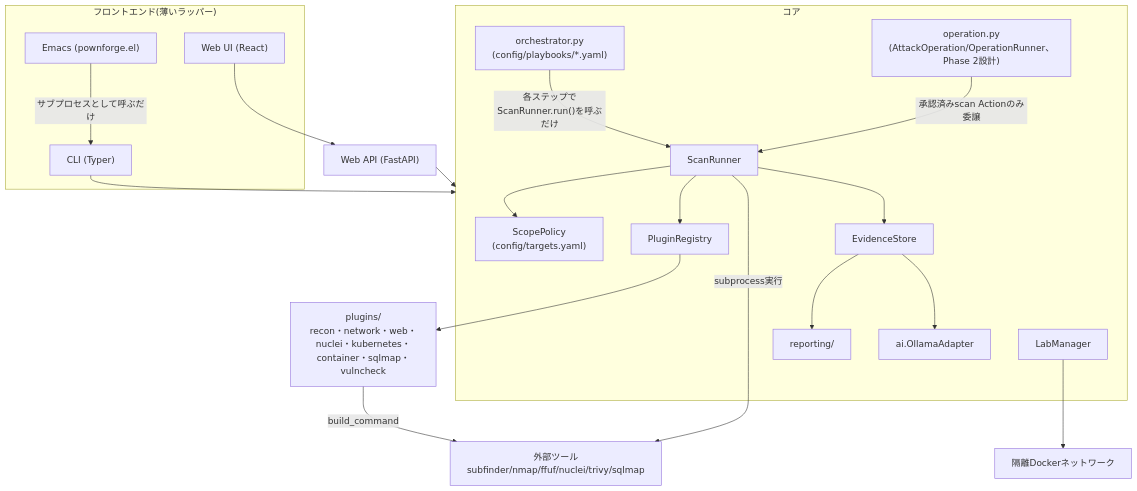
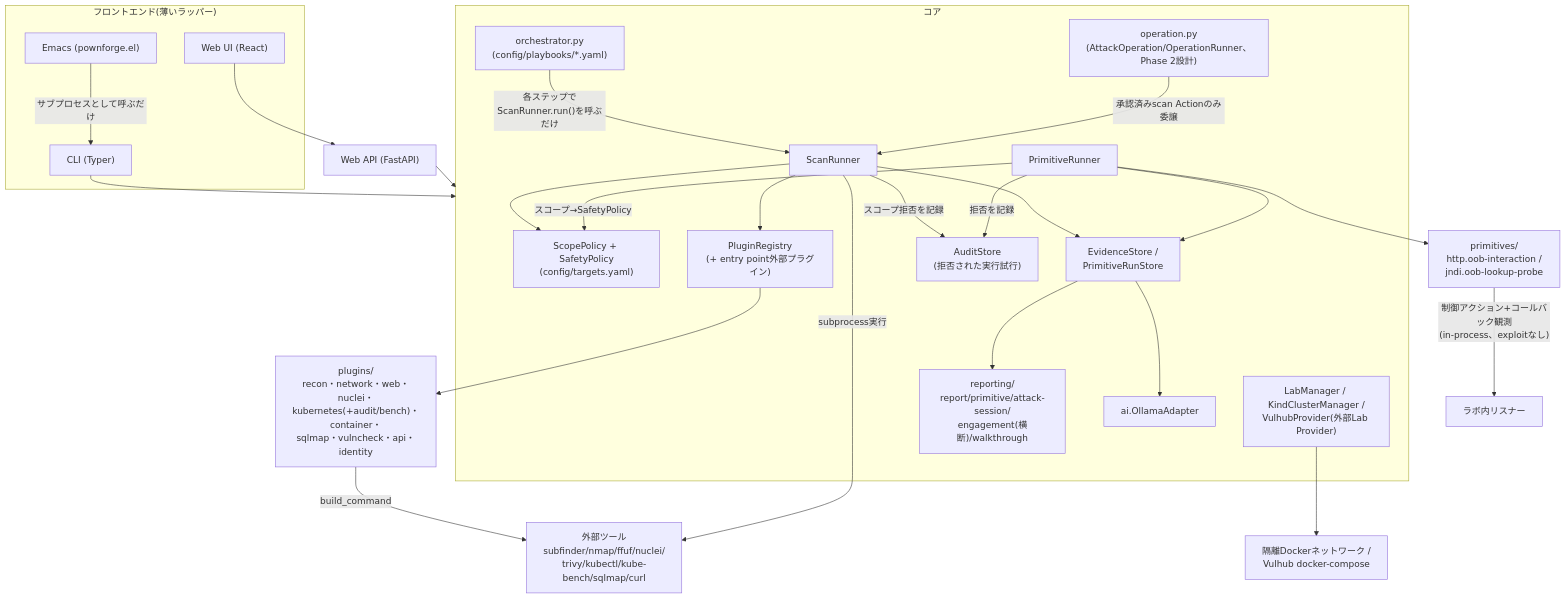
Before and after one commit to ac1965/PownForge: the first of 6 diagrams in docs/handbook.md, drawn with Mermaid. The commit also changed other lines of this file, not shown here.

Commit message:
docs(handbook): §2アーキテクチャ図に検証プリミティブ框組み・Vulhub Provider・AuditStoreを反映
- ScopePolicyをScopePolicy + SafetyPolicyに更新
- PrimitiveRunner/primitives(http.oob-interaction/jndi.oob-lookup-probe)、
  PrimitiveRunStoreを追加(スコープ→SafetyPolicy、コールバック観測まで、exploitなし)
- AuditStore(拒否された実行試行の記録)をScanRunner/PrimitiveRunner両方から追加
- LabにKindClusterManager/VulhubProvider(外部Lab Provider)、DockerにVulhub composeを併記
- プラグインにapi/identity/kubernetes-audit/kube-bench、外部ツールにkubectl/curlを追記
- reporting/にengagement(横断)を明記、図下の説明文も更新

````diff
--- a/docs/handbook.md
+++ b/docs/handbook.md
@@ -57,38 +57,46 @@
 ```mermaid
 graph TD
     subgraph FrontEnds["フロントエンド(薄いラッパー)"]
         CLI["CLI (Typer)"]
         WebUI["Web UI (React)"]
         Emacs["Emacs (pownforge.el)"]
     end
     WebAPI["Web API (FastAPI)"]
 
     CLI --> Core
     WebUI --> WebAPI
     WebAPI --> Core
     Emacs -- "サブプロセスとして呼ぶだけ" --> CLI
 
     subgraph Core["コア"]
-        ScopePolicy["ScopePolicy<br/>(config/targets.yaml)"]
-        Registry["PluginRegistry"]
+        Policy["ScopePolicy + SafetyPolicy<br/>(config/targets.yaml)"]
+        Registry["PluginRegistry<br/>(+ entry point外部プラグイン)"]
         Runner["ScanRunner"]
+        PrimRunner["PrimitiveRunner"]
         Orchestrator["orchestrator.py<br/>(config/playbooks/*.yaml)"]
         Operation["operation.py<br/>(AttackOperation/OperationRunner、Phase 2設計)"]
-        Lab["LabManager"]
-        Evidence["EvidenceStore"]
-        Reporting["reporting/"]
+        Lab["LabManager / KindClusterManager /<br/>VulhubProvider(外部Lab Provider)"]
+        Evidence["EvidenceStore /<br/>PrimitiveRunStore"]
+        Audit["AuditStore<br/>(拒否された実行試行)"]
+        Reporting["reporting/<br/>report/primitive/attack-session/<br/>engagement(横断)/walkthrough"]
         AI["ai.OllamaAdapter"]
     end
 
-    Runner --> ScopePolicy
+    Runner --> Policy
     Runner --> Registry
     Runner --> Evidence
+    Runner -- "スコープ拒否を記録" --> Audit
+    PrimRunner -- "スコープ→SafetyPolicy" --> Policy
+    PrimRunner --> Primitives["primitives/<br/>http.oob-interaction /<br/>jndi.oob-lookup-probe"]
+    PrimRunner --> Evidence
+    PrimRunner -- "拒否を記録" --> Audit
     Orchestrator -- "各ステップでScanRunner.run()を呼ぶだけ" --> Runner
     Operation -- "承認済みscan Actionのみ委譲" --> Runner
-    Registry --> Plugins["plugins/<br/>recon・network・web・nuclei・kubernetes・container・sqlmap・vulncheck"]
-    Plugins -- "build_command" --> ExtTools["外部ツール<br/>subfinder/nmap/ffuf/nuclei/trivy/sqlmap"]
+    Registry --> Plugins["plugins/<br/>recon・network・web・nuclei・<br/>kubernetes(+audit/bench)・container・<br/>sqlmap・vulncheck・api・identity"]
+    Plugins -- "build_command" --> ExtTools["外部ツール<br/>subfinder/nmap/ffuf/nuclei/<br/>trivy/kubectl/kube-bench/sqlmap/curl"]
     Runner -- "subprocess実行" --> ExtTools
+    Primitives -- "制御アクション+コールバック観測<br/>(in-process、exploitなし)" --> LabNet["ラボ内リスナー"]
     Evidence --> Reporting
     Evidence --> AI
-    Lab --> Docker["隔離Dockerネットワーク"]
+    Lab --> Docker["隔離Dockerネットワーク /<br/>Vulhub docker-compose"]
 ```
````
